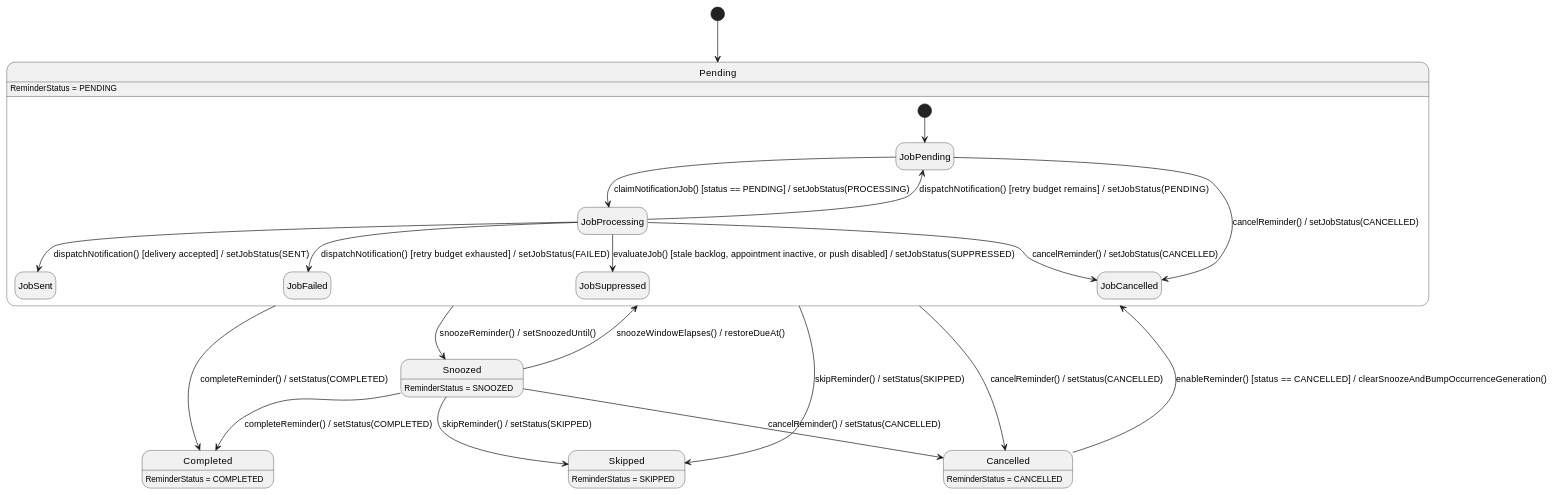
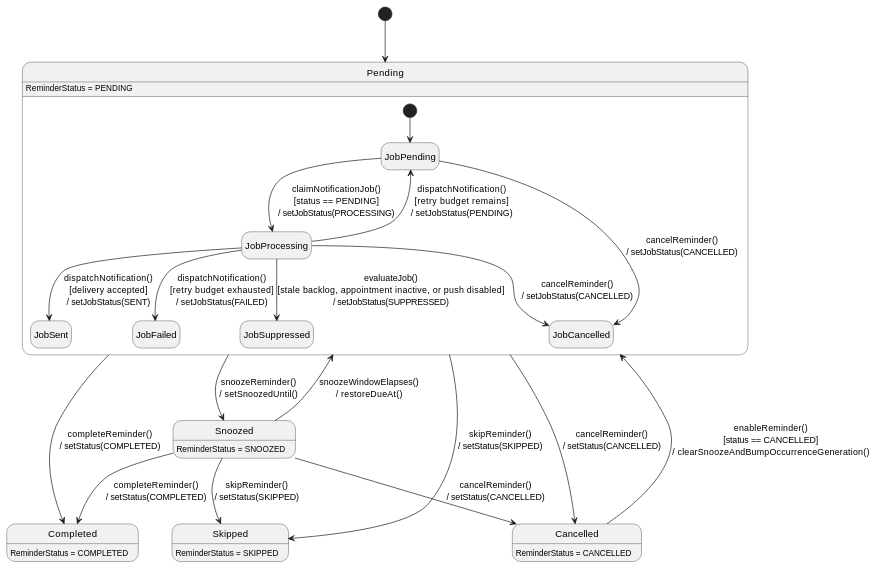
The third of 3 diagrams in 03_Design/Detailed_Design/MF02_Mother_Care_Journey/05_Appointments_Reminders_Checklists_and_Today_Tasks.md (ChuongBDHE172784/CareBridge_SEP490_G79), drawn with PlantUML before and after one commit. The commit also changed 61 other files, not shown here.

Commit message:
docs: update detailed design documentation and state chart diagrams across all feature modules

````diff
--- a/03_Design/Detailed_Design/MF02_Mother_Care_Journey/05_Appointments_Reminders_Checklists_and_Today_Tasks.md
+++ b/03_Design/Detailed_Design/MF02_Mother_Care_Journey/05_Appointments_Reminders_Checklists_and_Today_Tasks.md
@@ -399,33 +399,33 @@
 ```plantuml
 @startuml StateChartDiagram_05AppointmentsRemindersChecklistsandTodayTasks
 hide empty description
 [*] --> Pending
 
-Pending --> Snoozed : snoozeReminder() / setSnoozedUntil()
-Snoozed --> Pending : snoozeWindowElapses() / restoreDueAt()
-Pending --> Completed : completeReminder() / setStatus(COMPLETED)
-Snoozed --> Completed : completeReminder() / setStatus(COMPLETED)
-Pending --> Skipped : skipReminder() / setStatus(SKIPPED)
-Snoozed --> Skipped : skipReminder() / setStatus(SKIPPED)
-Pending --> Cancelled : cancelReminder() / setStatus(CANCELLED)
-Snoozed --> Cancelled : cancelReminder() / setStatus(CANCELLED)
-Cancelled --> Pending : enableReminder() [status == CANCELLED] / clearSnoozeAndBumpOccurrenceGeneration()
+Pending --> Snoozed : snoozeReminder()\n/ setSnoozedUntil()
+Snoozed --> Pending : snoozeWindowElapses()\n/ restoreDueAt()
+Pending --> Completed : completeReminder()\n/ setStatus(COMPLETED)
+Snoozed --> Completed : completeReminder()\n/ setStatus(COMPLETED)
+Pending --> Skipped : skipReminder()\n/ setStatus(SKIPPED)
+Snoozed --> Skipped : skipReminder()\n/ setStatus(SKIPPED)
+Pending --> Cancelled : cancelReminder()\n/ setStatus(CANCELLED)
+Snoozed --> Cancelled : cancelReminder()\n/ setStatus(CANCELLED)
+Cancelled --> Pending : enableReminder()\n[status == CANCELLED]\n/ clearSnoozeAndBumpOccurrenceGeneration()
 
 state Pending {
   [*] --> JobPending
-  JobPending --> JobProcessing : claimNotificationJob() [status == PENDING] / setJobStatus(PROCESSING)
-  JobProcessing --> JobSent : dispatchNotification() [delivery accepted] / setJobStatus(SENT)
-  JobProcessing --> JobFailed : dispatchNotification() [retry budget exhausted] / setJobStatus(FAILED)
-  JobProcessing --> JobPending : dispatchNotification() [retry budget remains] / setJobStatus(PENDING)
-  JobProcessing --> JobSuppressed : evaluateJob() [stale backlog, appointment inactive, or push disabled] / setJobStatus(SUPPRESSED)
-  JobPending --> JobCancelled : cancelReminder() / setJobStatus(CANCELLED)
-  JobProcessing --> JobCancelled : cancelReminder() / setJobStatus(CANCELLED)
+  JobPending --> JobProcessing : claimNotificationJob()\n[status == PENDING]\n/ setJobStatus(PROCESSING)
+  JobProcessing --> JobSent : dispatchNotification()\n[delivery accepted]\n/ setJobStatus(SENT)
+  JobProcessing --> JobFailed : dispatchNotification()\n[retry budget exhausted]\n/ setJobStatus(FAILED)
+  JobProcessing --> JobPending : dispatchNotification()\n[retry budget remains]\n/ setJobStatus(PENDING)
+  JobProcessing --> JobSuppressed : evaluateJob()\n[stale backlog, appointment inactive, or push disabled]\n/ setJobStatus(SUPPRESSED)
+  JobPending --> JobCancelled : cancelReminder()\n/ setJobStatus(CANCELLED)
+  JobProcessing --> JobCancelled : cancelReminder()\n/ setJobStatus(CANCELLED)
 }
 
 Pending : ReminderStatus = PENDING
 Snoozed : ReminderStatus = SNOOZED
 Completed : ReminderStatus = COMPLETED
 Skipped : ReminderStatus = SKIPPED
 Cancelled : ReminderStatus = CANCELLED
 @enduml
 ```
````
